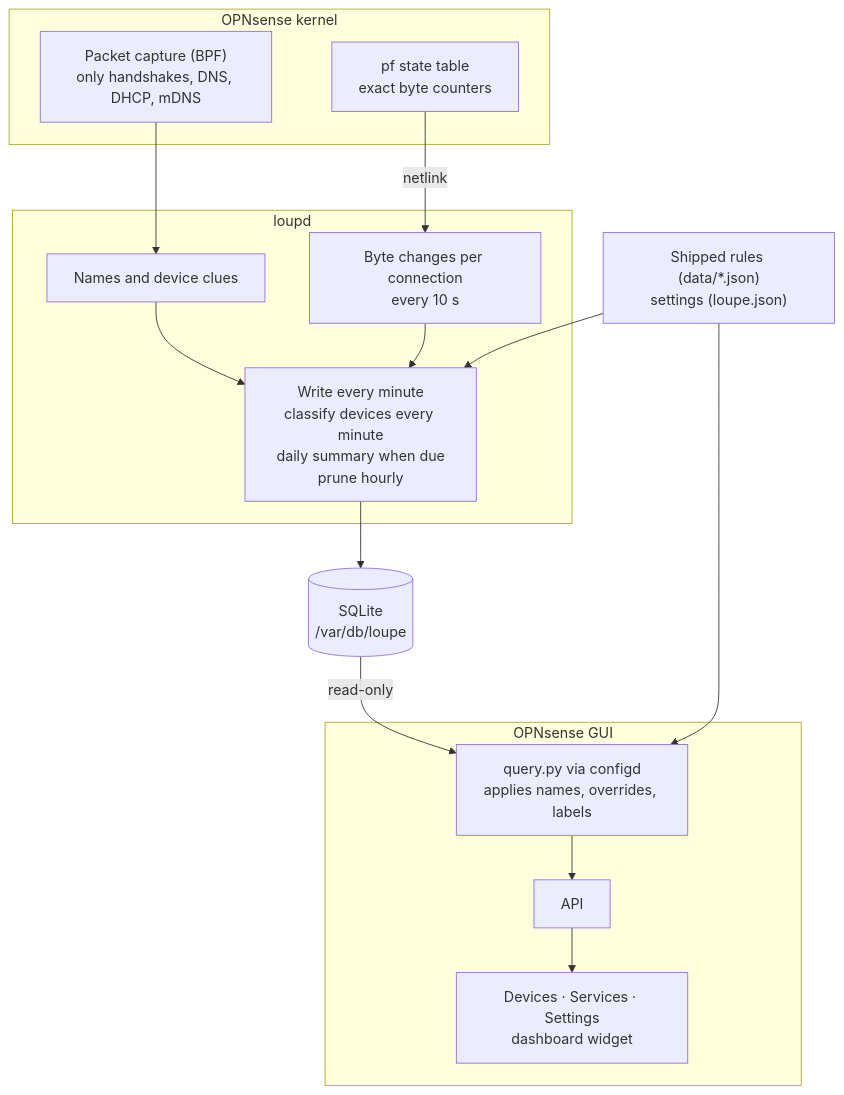
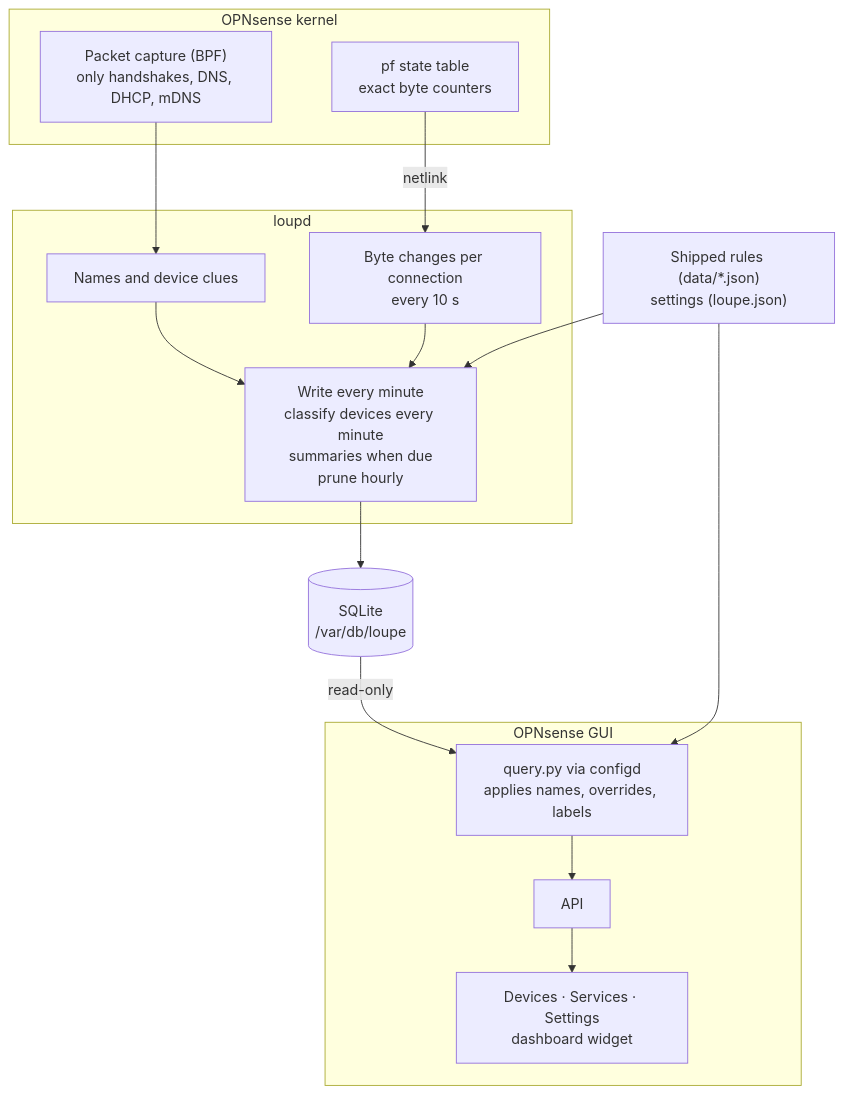
The diagram in docs/DESIGN.md (alokdhir/os-loupe), drawn with Mermaid before and after one commit. The commit also changed other lines of this file and 6 other files, not shown here.

````diff
--- a/docs/DESIGN.md
+++ b/docs/DESIGN.md
@@ -13,25 +13,25 @@
 ```mermaid
 flowchart TB
     subgraph kernel["OPNsense kernel"]
         bpf["Packet capture (BPF)<br/>only handshakes, DNS, DHCP, mDNS"]
         pf["pf state table<br/>exact byte counters"]
     end
     subgraph daemon["loupd"]
         names["Names and device clues"]
         bytes["Byte changes per connection<br/>every 10 s"]
-        flush["Write every minute<br/>classify devices every minute<br/>daily summary when due<br/>prune hourly"]
+        flush["Write every minute<br/>classify devices every minute<br/>summaries when due<br/>prune hourly"]
     end
     db[("SQLite<br/>/var/db/loupe")]
     data["Shipped rules (data/*.json)<br/>settings (loupe.json)"]
     subgraph gui["OPNsense GUI"]
         query["query.py via configd<br/>applies names, overrides, labels"]
         api["API"]
         pages["Devices · Services · Settings<br/>dashboard widget"]
     end
     bpf --> names --> flush
     pf -- "netlink" --> bytes --> flush
     flush --> db
     db -- "read-only" --> query --> api --> pages
     data --> flush
     data --> query
 ```
````
